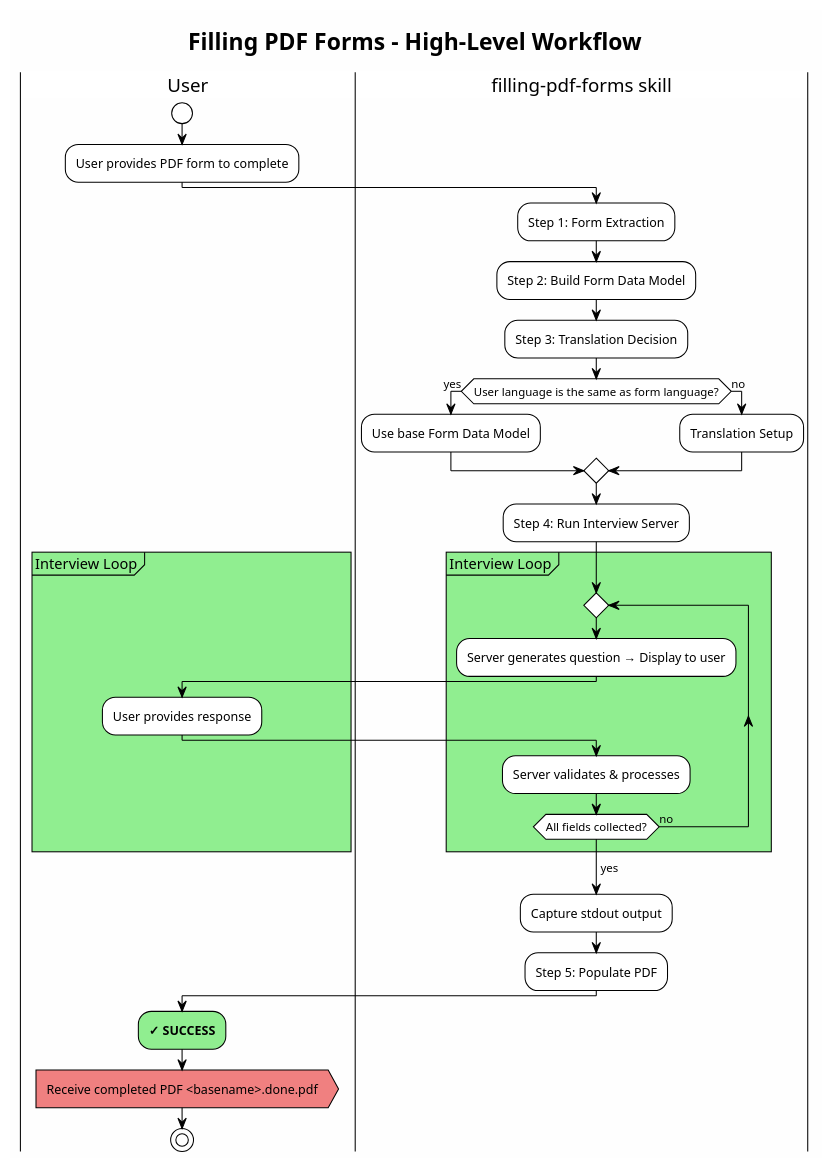
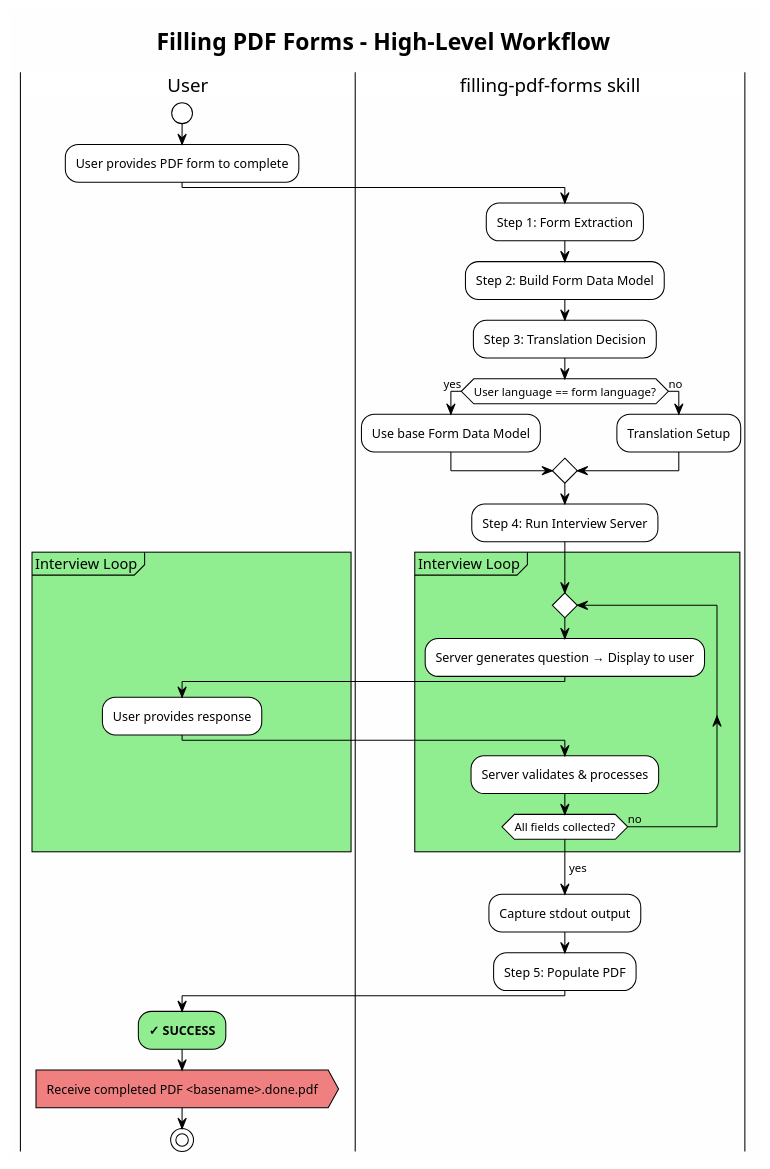
One commit to jhs/Chatfield changed the diagram in Claude/filling-pdf-forms/skills/filling-pdf-forms/workflow.plantuml. Above: the diagram before and after it, drawn with PlantUML.

Commit message:
Tweak the language

```diff
--- a/Claude/filling-pdf-forms/skills/filling-pdf-forms/workflow.plantuml
+++ b/Claude/filling-pdf-forms/skills/filling-pdf-forms/workflow.plantuml
@@ -1,53 +1,53 @@
-@startuml filling-pdf-forms-workflow
+@startuml workflow
 !theme plain
 skinparam backgroundColor #FEFEFE
 skinparam activity {
   BackgroundColor<<Decision>> LightYellow
   BackgroundColor<<Process>> LightBlue
   BackgroundColor<<SubProcess>> LightGreen
   BackgroundColor<<Output>> LightCoral
 }
 
 title Filling PDF Forms - High-Level Workflow
 
 |User|
 start
 :User provides PDF form to complete;
 
 |filling-pdf-forms skill|
 
 :Step 1: Form Extraction;
 
 :Step 2: Build Form Data Model;
 
 :Step 3: Translation Decision;
 
-if (User language is the same as form language?) then (yes)
+if (User language == form language?) then (yes)
   :Use base Form Data Model;
 else (no)
   :Translation Setup;
 endif
 
 :Step 4: Run Interview Server;
 
 partition "Interview Loop" #LightGreen {
   repeat
     :Server generates question → Display to user;
     |User|
     :User provides response;
     |filling-pdf-forms skill|
     :Server validates & processes;
   repeat while (All fields collected?) is (no)
   ->yes;
 }
 
 :Capture stdout output;
 
 :Step 5: Populate PDF;
 
 |User|
 #LightGreen:**✓ SUCCESS**;
 :Receive completed PDF <basename>.done.pdf;<<Output>>
 stop
 
 @enduml
```
